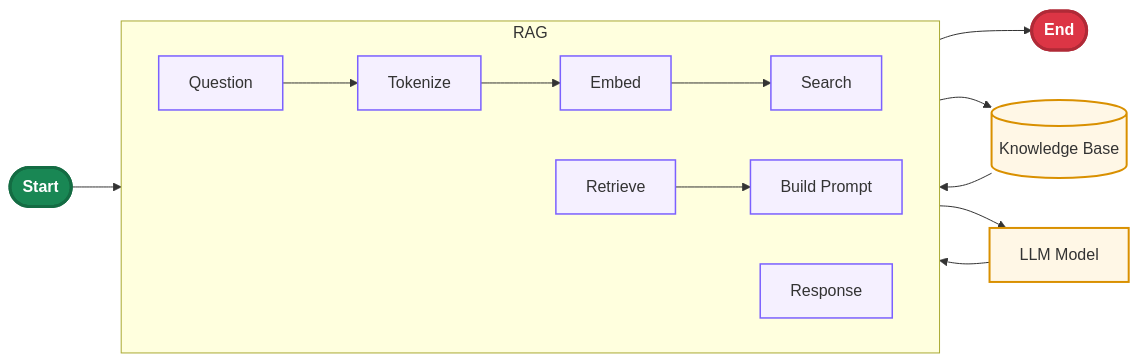
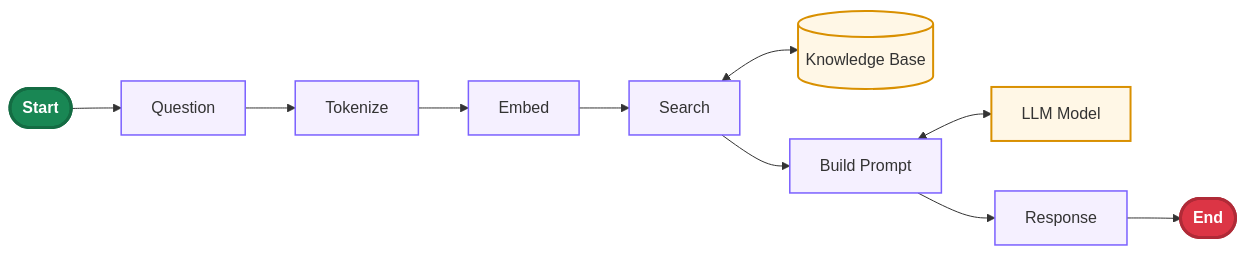
Before and after one commit to QuentinElGuay/portfolio-ai-tour-guide: the diagram in docs/diagrams/rag.mmd, drawn with Mermaid.

Commit message:
improve RAG

```diff
--- a/docs/diagrams/rag.mmd
+++ b/docs/diagrams/rag.mmd
@@ -1,45 +1,36 @@
 flowchart LR
     %% -------------------------
     %% Entry / Exit
     %% -------------------------
     START([Start])
     END([End])
 
     %% -------------------------
     %% Shared components
     %% -------------------------
     KB[(Knowledge Base)]
     LLM[LLM Model]
 
-    %% -------------------------
-    %% RAG
-    %% -------------------------
-    subgraph RAG[RAG]
-        direction LR
-        Q[Question] --> T[Tokenize] --> V[Embed] --> S[Search]
-        R[Retrieve] --> P[Build Prompt]
-        O[Response]
-    end
+    Q[Question] --> T[Tokenize] --> V[Embed] --> S[Search] --> P[Build Prompt] --> O[Response]
+
 
     %% Entry / Exit connections
     START --> Q
     O --> END
 
     %% RAG interactions
-    S --> KB
-    KB --> R
-    P --> LLM
-    LLM --> O
+    S <--> KB
+    P <--> LLM
 
     %% -------------------------
     %% Styling
     %% -------------------------
     classDef rag fill:#f5f0ff,stroke:#7b61ff,stroke-width:1.5px;
     classDef shared fill:#fff7e6,stroke:#d99000,stroke-width:2px;
     classDef startNode fill:#198754,color:#ffffff,stroke:#146c43,stroke-width:3px,font-weight:bold;
     classDef endNode fill:#dc3545,color:#ffffff,stroke:#b02a37,stroke-width:3px,font-weight:bold;
 
     class Q,T,V,S,R,P,O rag;
     class KB,LLM shared;
     class START startNode;
     class END endNode;
```
